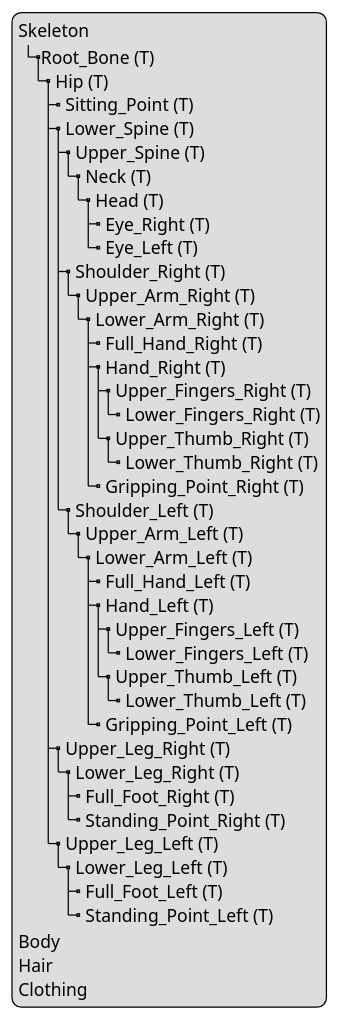
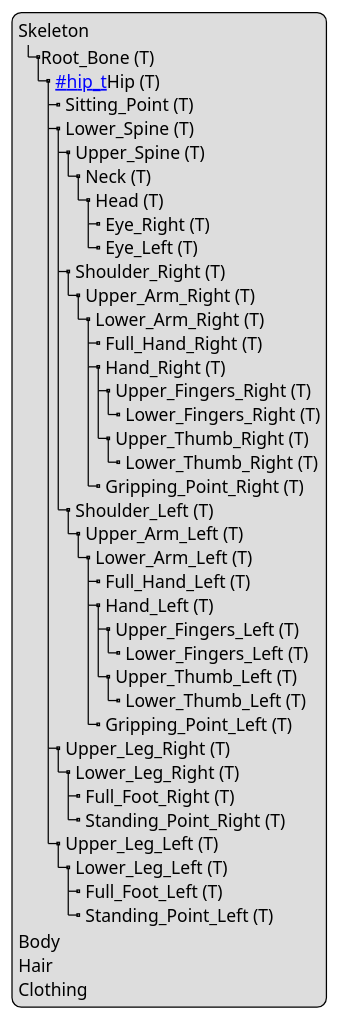
The diagram in content/geometry/object-human/human-model-structure.adoc (martinfiebig/OpenMATERIAL), drawn with PlantUML before and after one commit. The commit also changed 1 other file, not shown here.

Commit message:
no message

```diff
--- a/content/geometry/object-human/human-model-structure.adoc
+++ b/content/geometry/object-human/human-model-structure.adoc
@@ -5,46 +5,46 @@
 [plantuml]
 ----
 legend
 Skeleton
 |_Root_Bone (T)
-  |_ Hip (T)
+  |_ [[#hip_t]]Hip (T)
     |_ Sitting_Point (T)
     |_ Lower_Spine (T)
       |_ Upper_Spine (T)
         |_ Neck (T)
           |_ Head (T)
             |_ Eye_Right (T)
             |_ Eye_Left (T)
       |_ Shoulder_Right (T)
         |_ Upper_Arm_Right (T)
           |_ Lower_Arm_Right (T)
             |_ Full_Hand_Right (T)
             |_ Hand_Right (T)
               |_ Upper_Fingers_Right (T)
                 |_ Lower_Fingers_Right (T)
               |_ Upper_Thumb_Right (T)
                 |_ Lower_Thumb_Right (T)
             |_ Gripping_Point_Right (T)
       |_ Shoulder_Left (T)
         |_ Upper_Arm_Left (T)
           |_ Lower_Arm_Left (T)
             |_ Full_Hand_Left (T)
             |_ Hand_Left (T)
               |_ Upper_Fingers_Left (T)
                 |_ Lower_Fingers_Left (T)
               |_ Upper_Thumb_Left (T)
                 |_ Lower_Thumb_Left (T)
             |_ Gripping_Point_Left (T)
     |_ Upper_Leg_Right (T)
       |_ Lower_Leg_Right (T)
         |_ Full_Foot_Right (T)
         |_ Standing_Point_Right (T)
     |_ Upper_Leg_Left (T)
       |_ Lower_Leg_Left (T)
         |_ Full_Foot_Left (T)
         |_ Standing_Point_Left (T)
 Body
 Hair
 Clothing
 end legend
 ----
```
